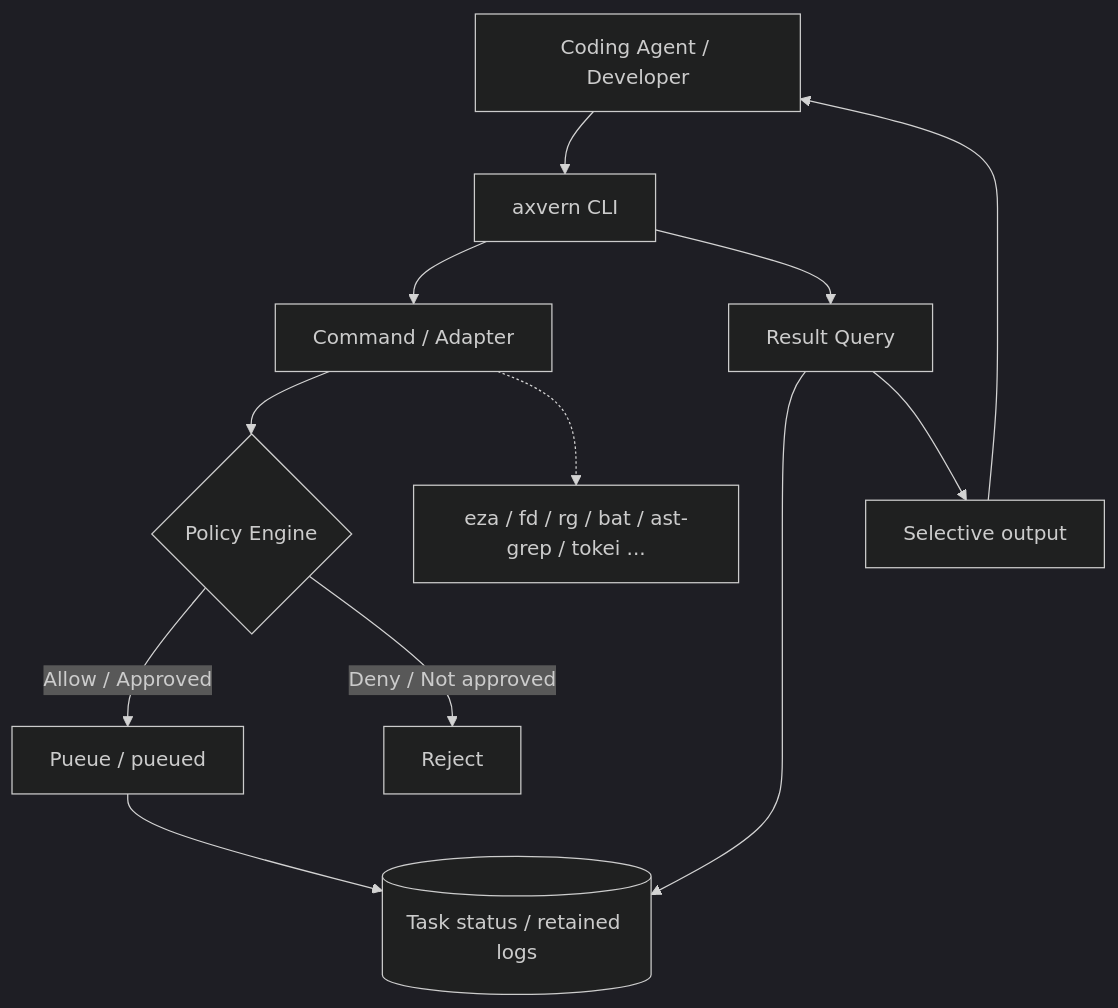
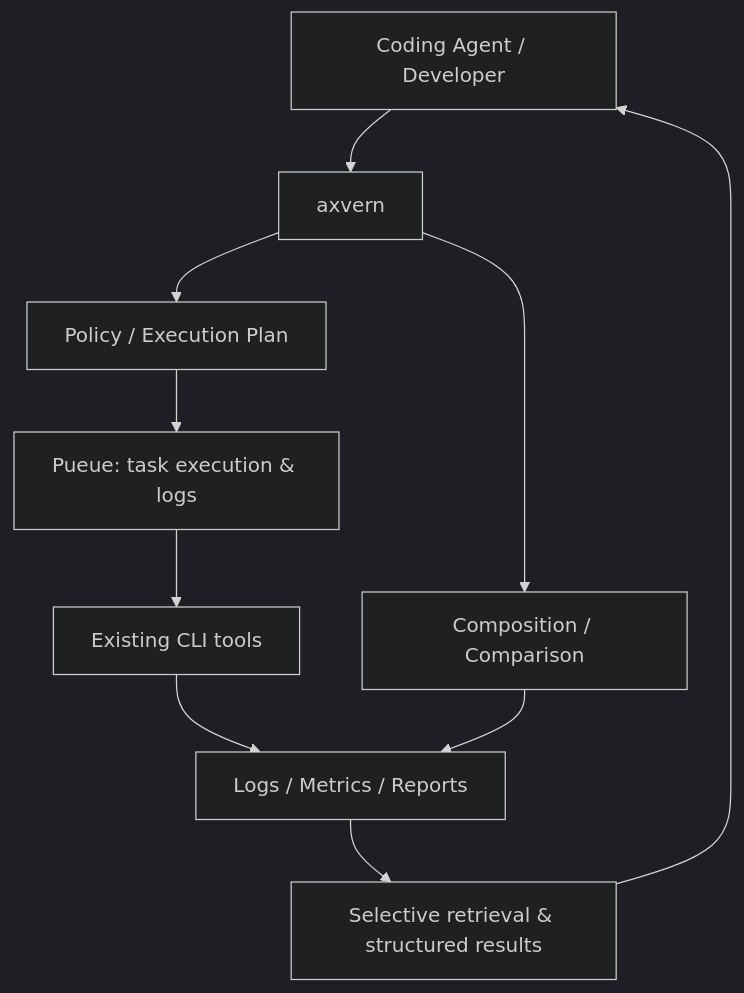
Before and after one commit to UtakataKyosui/axvern: the second of 3 diagrams in README.md, drawn with Mermaid (dark theme). The commit also changed other lines of this file and 13 other files, not shown here.

````diff
--- a/README.md
+++ b/README.md
@@ -88,14 +112,12 @@
 ```mermaid
 flowchart TD
-    Agent["Coding Agent / Developer"] --> CLI["axvern CLI"]
-    CLI --> Plan["Command / Adapter"]
-    Plan --> Policy{"Policy Engine"}
-    Policy -->|Allow / Approved| Pueue["Pueue / pueued"]
-    Policy -->|Deny / Not approved| Block["Reject"]
-    Pueue --> Logs[("Task status / retained logs")]
-    CLI --> Query["Result Query"]
-    Query --> Logs
-    Query --> Extract["Selective output"]
-    Extract --> Agent
-    Plan -.-> Modern["eza / fd / rg / bat / ast-grep / tokei ..."]
+    User["Coding Agent / Developer"] --> Ax["axvern"]
+    Ax --> Policy["Policy / Execution Plan"]
+    Policy --> Queue["Pueue: task execution & logs"]
+    Queue --> Tools["Existing CLI tools"]
+    Tools --> Artifacts["Logs / Metrics / Reports"]
+    Artifacts --> Extract["Selective retrieval & structured results"]
+    Extract --> User
+    Ax --> Analysis["Composition / Comparison"]
+    Analysis --> Artifacts
 ```
````
